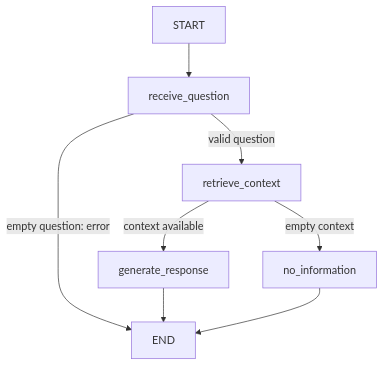
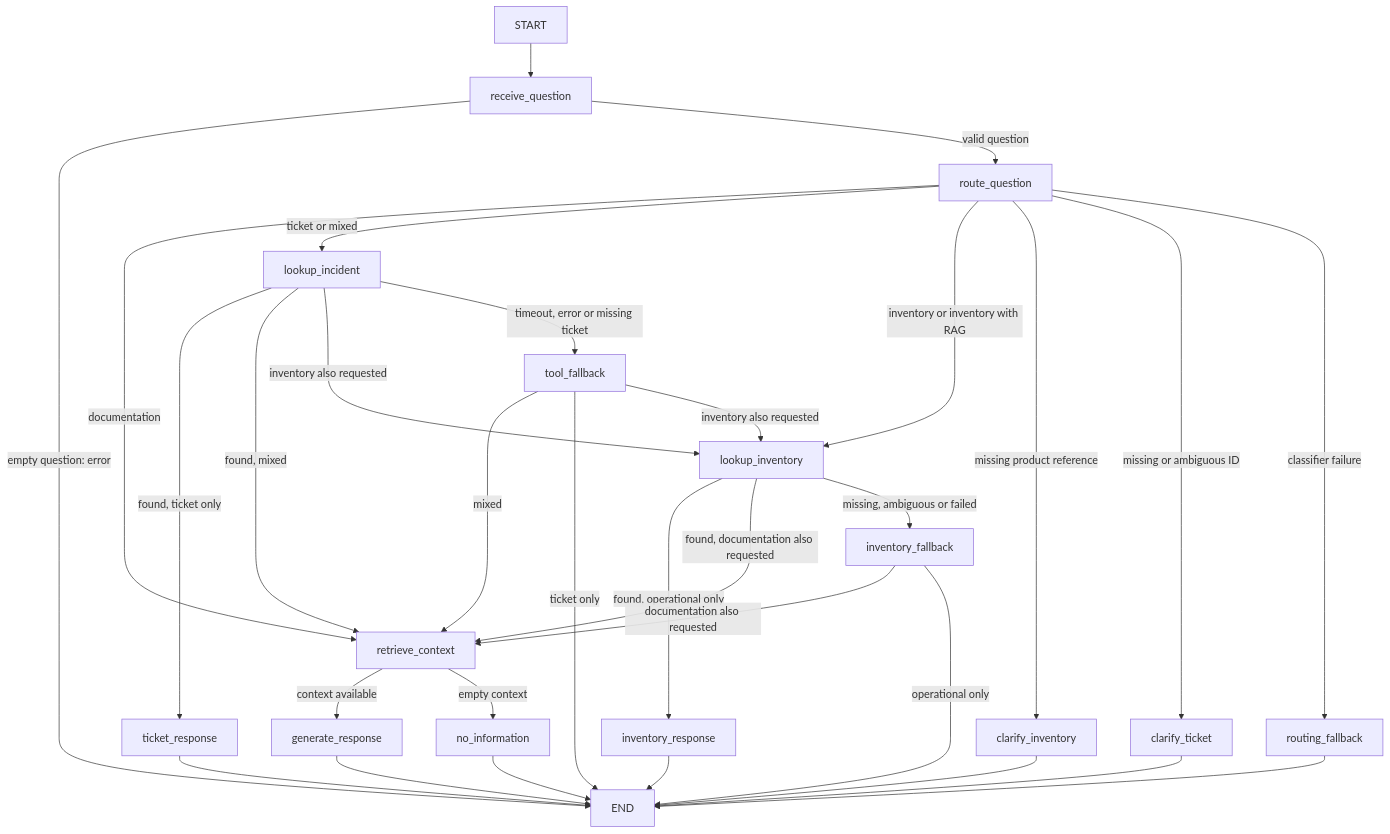
One commit to 4GeeksAcademy/aie-pt-2-Carles-Sanchez-Empresa changed the diagram in services/support_agent/README.md. Above: the diagram before and after it, drawn with Mermaid. The commit also changed other lines of this file and 26 other files, not shown here.

````diff
--- a/services/support_agent/README.md
+++ b/services/support_agent/README.md
@@ -9,10 +9,33 @@
 ```mermaid
 flowchart TD
     START --> receive_question
     receive_question -->|empty question: error| END
-    receive_question -->|valid question| retrieve_context
+    receive_question -->|valid question| route_question
+    route_question -->|documentation| retrieve_context
+    route_question -->|ticket or mixed| lookup_incident
+    route_question -->|inventory or inventory with RAG| lookup_inventory
+    route_question -->|missing product reference| clarify_inventory
+    route_question -->|missing or ambiguous ID| clarify_ticket
+    route_question -->|classifier failure| routing_fallback
+    lookup_incident -->|found, ticket only| ticket_response
+    lookup_incident -->|found, mixed| retrieve_context
+    lookup_incident -->|inventory also requested| lookup_inventory
+    lookup_incident -->|timeout, error or missing ticket| tool_fallback
+    tool_fallback -->|mixed| retrieve_context
+    tool_fallback -->|ticket only| END
+    tool_fallback -->|inventory also requested| lookup_inventory
+    lookup_inventory -->|found, operational only| inventory_response
+    lookup_inventory -->|found, documentation also requested| retrieve_context
+    lookup_inventory -->|missing, ambiguous or failed| inventory_fallback
+    inventory_fallback -->|documentation also requested| retrieve_context
+    inventory_fallback -->|operational only| END
     retrieve_context -->|context available| generate_response
     retrieve_context -->|empty context| no_information
     generate_response --> END
     no_information --> END
+    ticket_response --> END
+    clarify_ticket --> END
+    routing_fallback --> END
+    inventory_response --> END
+    clarify_inventory --> END
 ```
````
